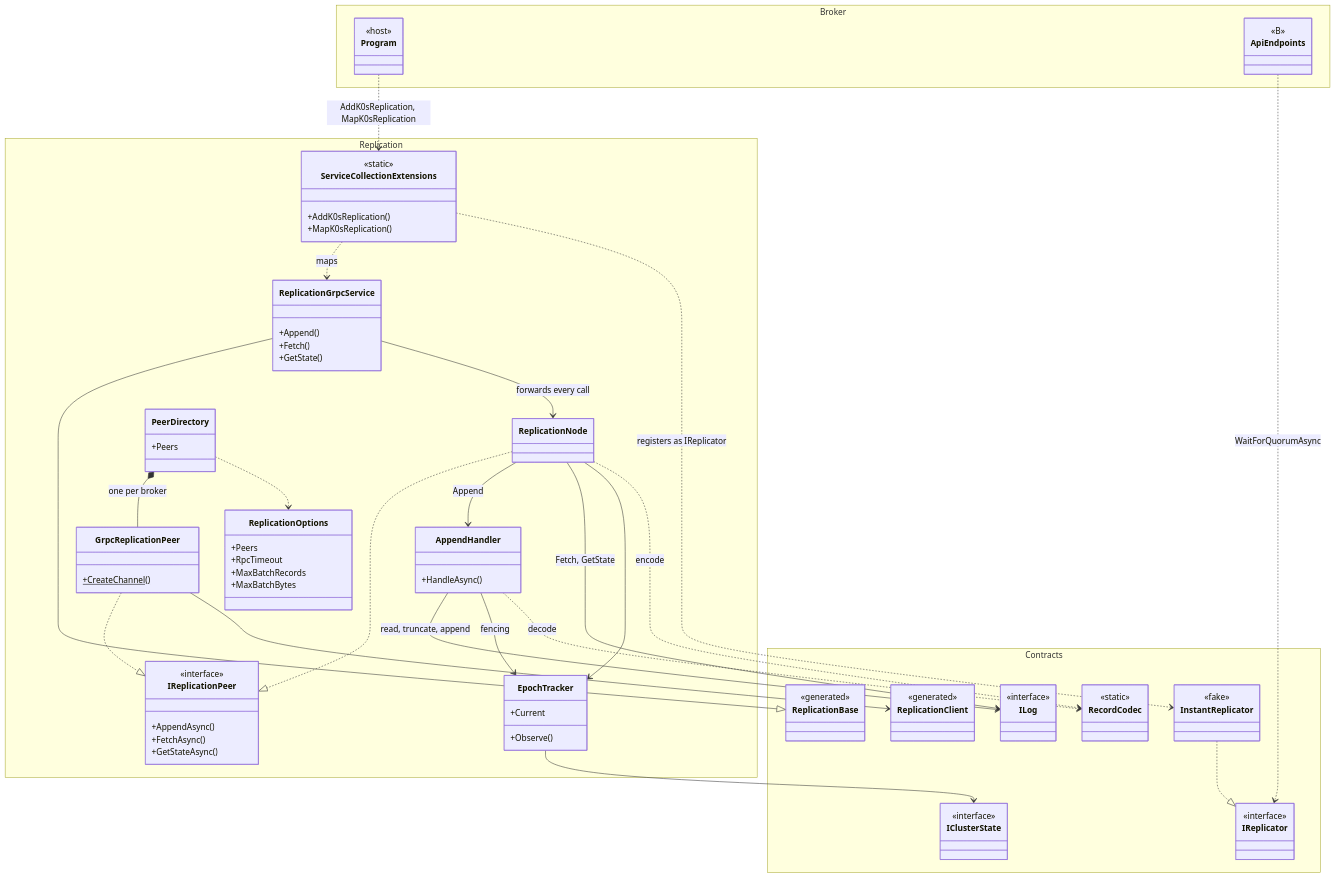
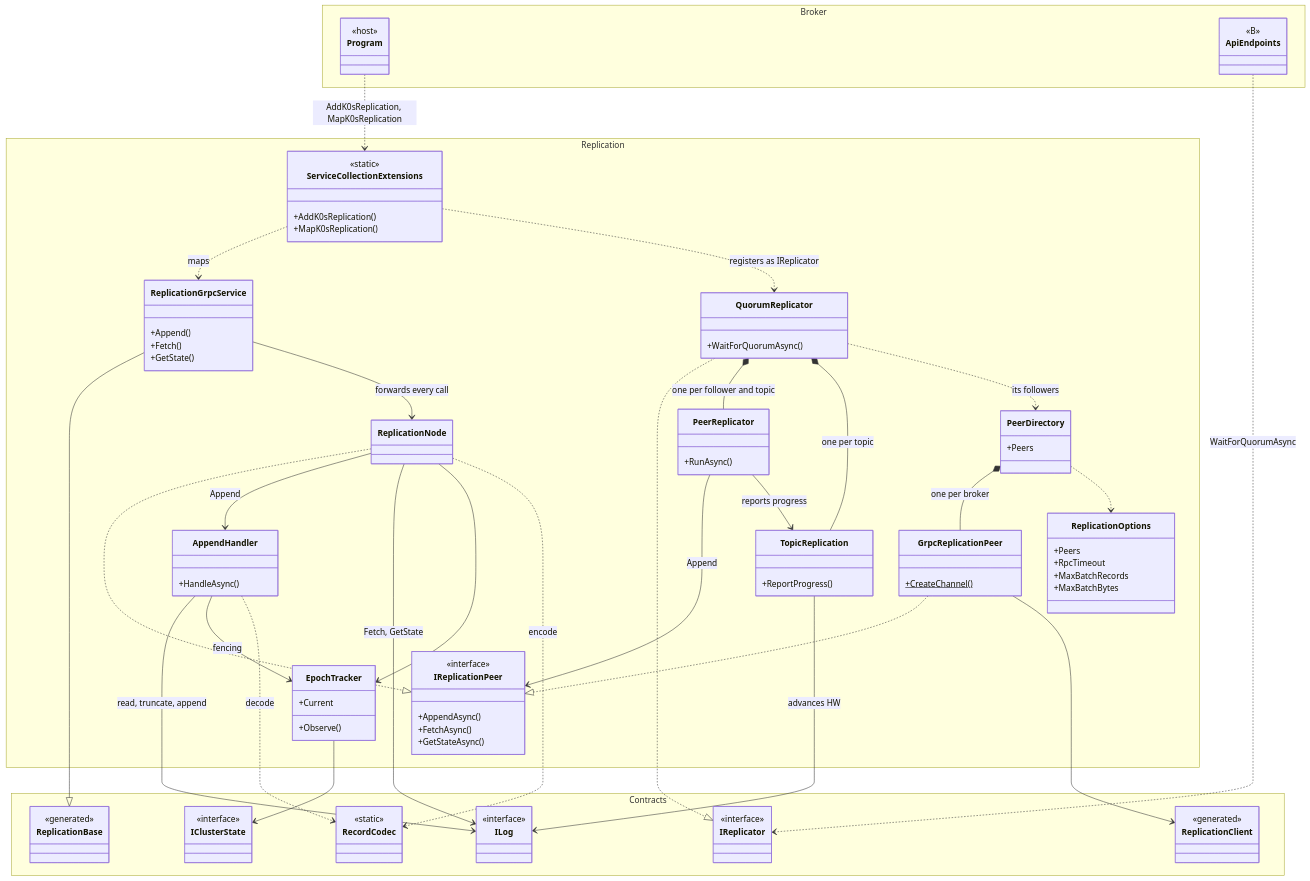
The first of 2 diagrams in docs/replication-code-guide.md (paulisuden/K0sStreams), drawn with Mermaid before and after one commit. The commit also changed other lines of this file and 21 other files, not shown here.

````diff
--- a/docs/replication-code-guide.md
+++ b/docs/replication-code-guide.md
@@ -67,6 +67,15 @@
             +Current
             +Observe()
         }
+        class QuorumReplicator {
+            +WaitForQuorumAsync()
+        }
+        class PeerReplicator {
+            +RunAsync()
+        }
+        class TopicReplication {
+            +ReportProgress()
+        }
         class ReplicationOptions {
             +Peers
             +RpcTimeout
@@ -94,14 +103,11 @@
         class ReplicationClient {
             <<generated>>
         }
-        class InstantReplicator {
-            <<fake>>
-        }
     }
 
     Program ..> ServiceCollectionExtensions : AddK0sReplication, MapK0sReplication
     ServiceCollectionExtensions ..> ReplicationGrpcService : maps
-    ServiceCollectionExtensions ..> InstantReplicator : registers as IReplicator
+    ServiceCollectionExtensions ..> QuorumReplicator : registers as IReplicator
 
     ReplicationGrpcService --|> ReplicationBase
     ReplicationGrpcService --> ReplicationNode : forwards every call
@@ -121,6 +127,12 @@
     PeerDirectory ..> ReplicationOptions
     GrpcReplicationPeer --> ReplicationClient
 
-    InstantReplicator ..|> IReplicator
+    QuorumReplicator ..|> IReplicator
+    QuorumReplicator *-- PeerReplicator : one per follower and topic
+    QuorumReplicator *-- TopicReplication : one per topic
+    QuorumReplicator ..> PeerDirectory : its followers
+    PeerReplicator --> IReplicationPeer : Append
+    PeerReplicator --> TopicReplication : reports progress
+    TopicReplication --> ILog : advances HW
     ApiEndpoints ..> IReplicator : WaitForQuorumAsync
 ```
````
